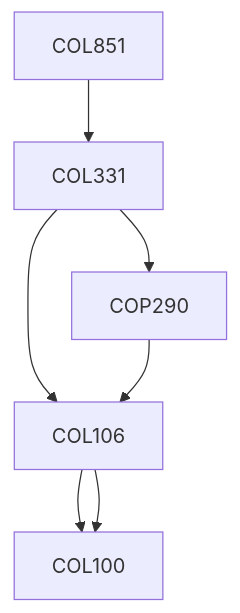
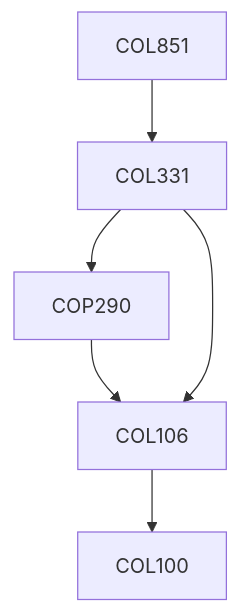
The diagram in content/Computer Science and Engineering/COL851.md (KeshavBansal0122/CoS_Website), drawn with Mermaid before and after one commit. The commit also changed other lines of this file and 2667 other files, not shown here.

````diff
--- a/content/Computer Science and Engineering/COL851.md
+++ b/content/Computer Science and Engineering/COL851.md
@@ -15,9 +13,12 @@
 ```mermaid
-graph TD
-COL851 --> COL331
-COL331 --> COL106
-COL106 --> COL100
-COL331 --> COP290
-COP290 --> COL106
-COL106 --> COL100
+flowchart TD
+COL851-240[COL851]
+COL106-240 --> COL100-240[COL100]
+COL331-240 --> COP290-240[COP290]
+COL851-240 --> COL331-240[COL331]
+COP290-240 --> COL106-240[COL106]
+COL331-240 --> COL106-240[COL106]
+
+classDef empty height:17px, fill:transparent, stroke:transparent;
+classDef trueEmpty height:0px, width:0px;
 ```
````
